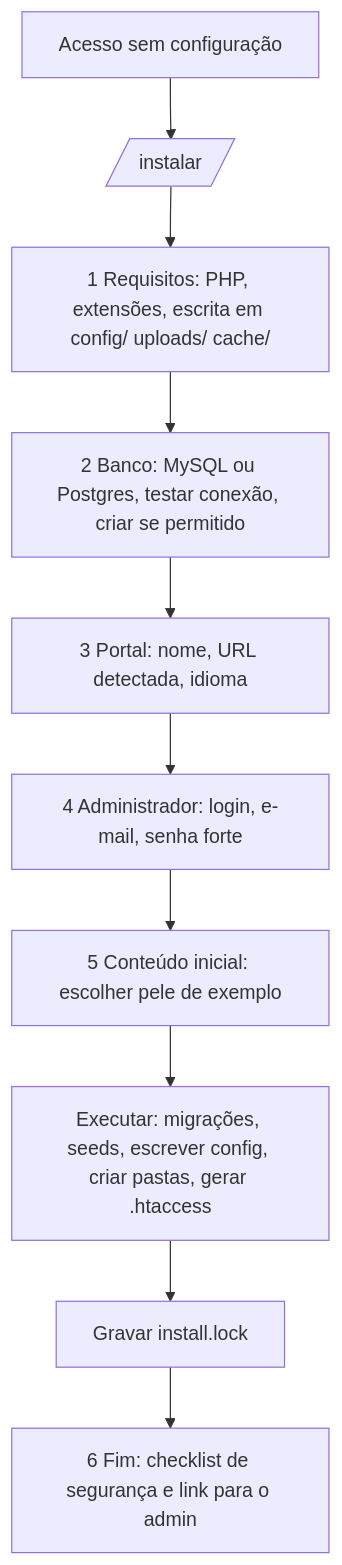
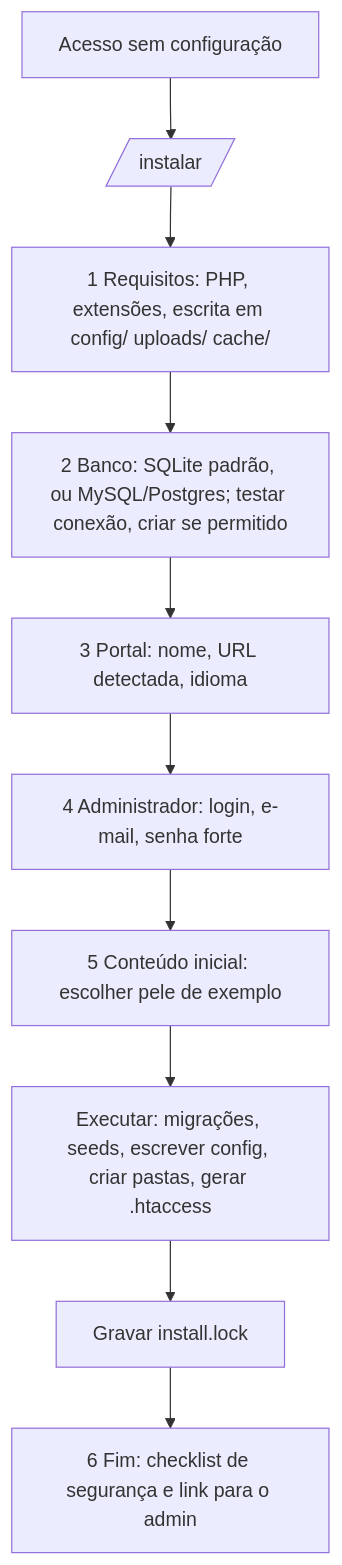
Before and after one commit to publicare/publicare4: the diagram in docs/fluxos/03-instalacao.md, drawn with Mermaid. The commit also changed other lines of this file and 14 other files, not shown here.

````diff
--- a/docs/fluxos/03-instalacao.md
+++ b/docs/fluxos/03-instalacao.md
@@ -13,12 +13,12 @@
 ```mermaid
 flowchart TD
     S[Acesso sem configuração] --> I[/instalar/]
     I --> R1[1 Requisitos: PHP, extensões, escrita em config/ uploads/ cache/]
-    R1 --> R2[2 Banco: MySQL ou Postgres, testar conexão, criar se permitido]
+    R1 --> R2[2 Banco: SQLite padrão, ou MySQL/Postgres; testar conexão, criar se permitido]
     R2 --> R3[3 Portal: nome, URL detectada, idioma]
     R3 --> R4[4 Administrador: login, e-mail, senha forte]
     R4 --> R5[5 Conteúdo inicial: escolher pele de exemplo]
     R5 --> X[Executar: migrações, seeds, escrever config, criar pastas, gerar .htaccess]
     X --> L[Gravar install.lock]
     L --> F[6 Fim: checklist de segurança e link para o admin]
 ```
````
